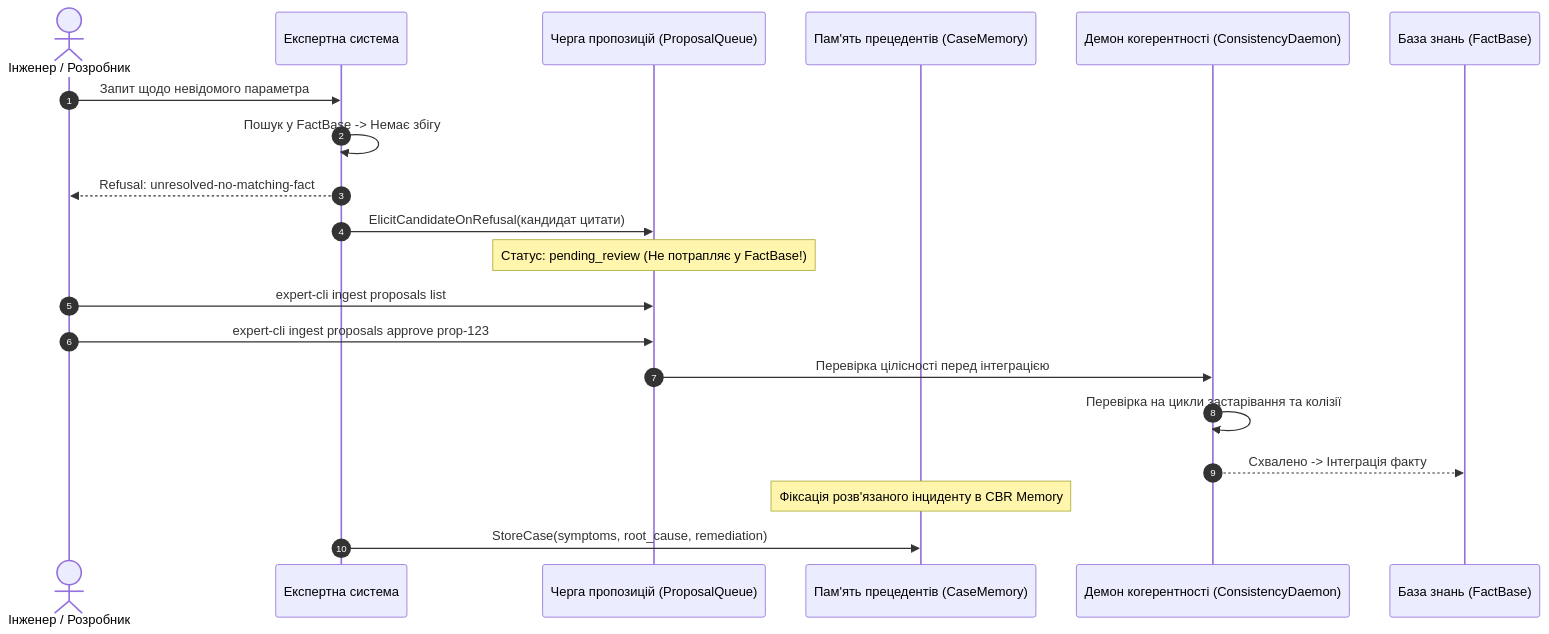
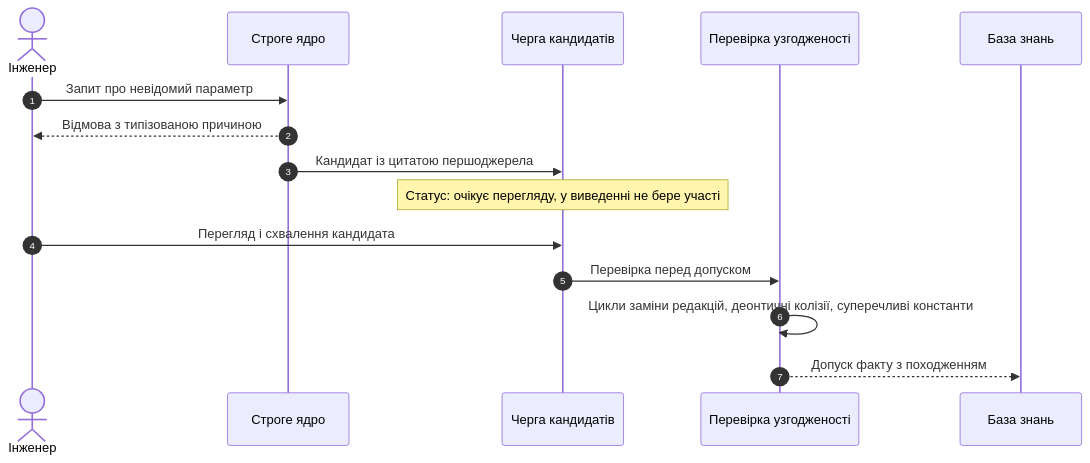
The second of 2 diagrams in ExpertSystem/ch28-dual-mode-expert-systems.md (nick-fedchik/articles), drawn with Mermaid before and after one commit. The commit also changed other lines of this file, not shown here.

````diff
--- a/ExpertSystem/ch28-dual-mode-expert-systems.md
+++ b/ExpertSystem/ch28-dual-mode-expert-systems.md
@@ -200,25 +122,19 @@
 ```mermaid
 sequenceDiagram
     autonumber
-    actor Dev as Інженер / Розробник
-    participant Engine as Експертна система
-    participant Buffer as Черга пропозицій (ProposalQueue)
-    participant CBR as Пам'ять прецедентів (CaseMemory)
-    participant Daemon as Демон когерентності (ConsistencyDaemon)
-    participant FactBase as База знань (FactBase)
-
-    Dev->>Engine: Запит щодо невідомого параметра
-    Engine->>Engine: Пошук у FactBase -> Немає збігу
-    Engine-->>Dev: Refusal: unresolved-no-matching-fact
-    Engine->>Buffer: ElicitCandidateOnRefusal(кандидат цитати)
-    Note over Buffer: Статус: pending_review (Не потрапляє у FactBase!)
-    
-    Dev->>Buffer: expert-cli ingest proposals list
-    Dev->>Buffer: expert-cli ingest proposals approve prop-123
-    Buffer->>Daemon: Перевірка цілісності перед інтеграцією
-    Daemon->>Daemon: Перевірка на цикли застарівання та колізії
-    Daemon-->>FactBase: Схвалено -> Інтеграція факту
-    
-    Note over CBR: Фіксація розв'язаного інциденту в CBR Memory
-    Engine->>CBR: StoreCase(symptoms, root_cause, remediation)
+    accTitle: Від відмови до схваленого факту
+    accDescr: Строге ядро відмовляє, створює кандидата з цитатою, кандидат очікує перегляду, перевірка узгодженості передує схваленню, і лише схвалений факт потрапляє до бази знань.
+    actor Eng as Інженер
+    participant Core as Строге ядро
+    participant Queue as Черга кандидатів
+    participant Audit as Перевірка узгодженості
+    participant KB as База знань
+    Eng->>Core: Запит про невідомий параметр
+    Core-->>Eng: Відмова з типізованою причиною
+    Core->>Queue: Кандидат із цитатою першоджерела
+    Note over Queue: Статус: очікує перегляду, у виведенні не бере участі
+    Eng->>Queue: Перегляд і схвалення кандидата
+    Queue->>Audit: Перевірка перед допуском
+    Audit->>Audit: Цикли заміни редакцій, деонтичні колізії, суперечливі константи
+    Audit-->>KB: Допуск факту з походженням
 ```
````
